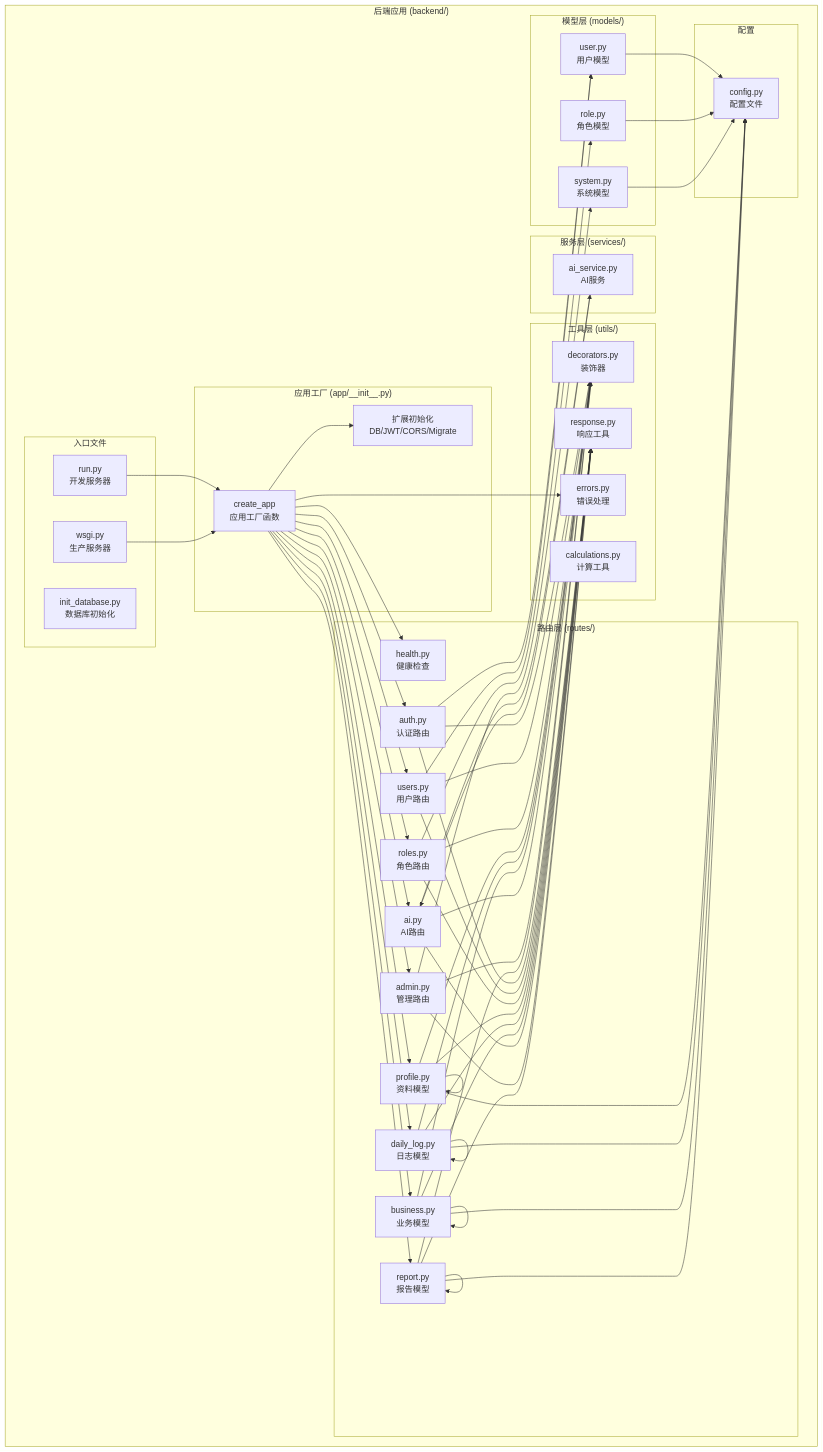
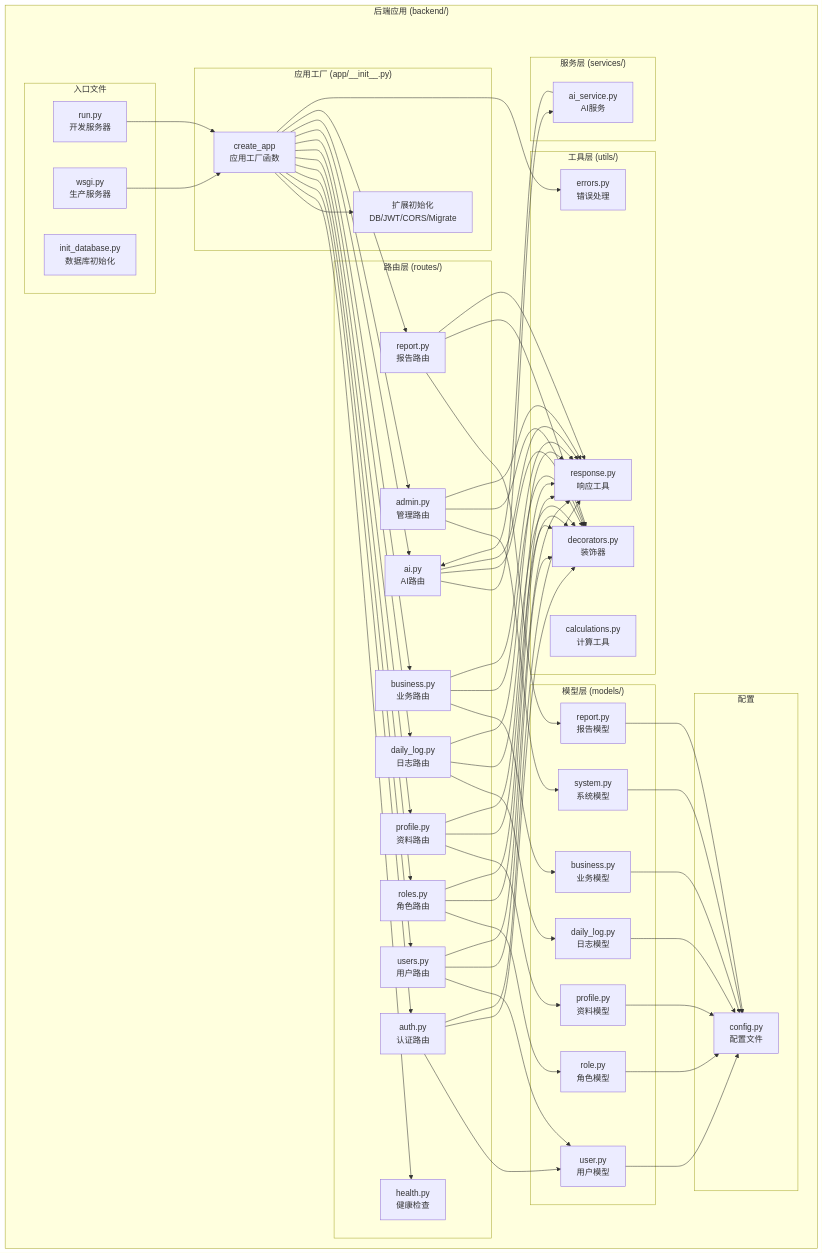
The fourth of 8 diagrams in 项目结构图.md (junyiPayne/-), drawn with Mermaid before and after one commit. The commit also changed other lines of this file, not shown here.

````diff
--- a/项目结构图.md
+++ b/项目结构图.md
@@ -187,53 +187,53 @@
 ```mermaid
 graph TB
-    subgraph "后端应用 (backend/)"
-        subgraph "入口文件"
-            Run[run.py<br/>开发服务器]
-            WSGI[wsgi.py<br/>生产服务器]
-            Init[init_database.py<br/>数据库初始化]
+    subgraph BackendApp["后端应用 (backend/)"]
+        subgraph EntryFiles2["入口文件"]
+            Run["run.py<br/>开发服务器"]
+            WSGI["wsgi.py<br/>生产服务器"]
+            Init["init_database.py<br/>数据库初始化"]
         end
         
-        subgraph "应用工厂 (app/__init__.py)"
-            CreateApp[create_app<br/>应用工厂函数]
-            Extensions[扩展初始化<br/>DB/JWT/CORS/Migrate]
+        subgraph AppFactory["应用工厂 (app/__init__.py)"]
+            CreateApp["create_app<br/>应用工厂函数"]
+            Extensions["扩展初始化<br/>DB/JWT/CORS/Migrate"]
         end
         
-        subgraph "路由层 (routes/)"
-            Health[health.py<br/>健康检查]
-            Auth[auth.py<br/>认证路由]
-            Users[users.py<br/>用户路由]
-            Roles[roles.py<br/>角色路由]
-            Profile[profile.py<br/>资料路由]
-            DailyLog[daily_log.py<br/>日志路由]
-            Business[business.py<br/>业务路由]
-            AI[ai.py<br/>AI路由]
-            Admin[admin.py<br/>管理路由]
-            Report[report.py<br/>报告路由]
+        subgraph RoutesLayer["路由层 (routes/)"]
+            Health["health.py<br/>健康检查"]
+            Auth["auth.py<br/>认证路由"]
+            Users["users.py<br/>用户路由"]
+            Roles["roles.py<br/>角色路由"]
+            ProfileRoute["profile.py<br/>资料路由"]
+            DailyLogRoute["daily_log.py<br/>日志路由"]
+            BusinessRoute["business.py<br/>业务路由"]
+            AIRoute["ai.py<br/>AI路由"]
+            Admin["admin.py<br/>管理路由"]
+            ReportRoute["report.py<br/>报告路由"]
         end
         
-        subgraph "服务层 (services/)"
-            AIService[ai_service.py<br/>AI服务]
+        subgraph ServicesLayer["服务层 (services/)"]
+            AIService["ai_service.py<br/>AI服务"]
         end
         
-        subgraph "模型层 (models/)"
-            User[user.py<br/>用户模型]
-            Role[role.py<br/>角色模型]
-            Profile[profile.py<br/>资料模型]
-            DailyLog[daily_log.py<br/>日志模型]
-            Business[business.py<br/>业务模型]
-            Report[report.py<br/>报告模型]
-            System[system.py<br/>系统模型]
+        subgraph ModelsLayer["模型层 (models/)"]
+            UserModel["user.py<br/>用户模型"]
+            RoleModel["role.py<br/>角色模型"]
+            ProfileModel["profile.py<br/>资料模型"]
+            DailyLogModel["daily_log.py<br/>日志模型"]
+            BusinessModel["business.py<br/>业务模型"]
+            ReportModel["report.py<br/>报告模型"]
+            SystemModel["system.py<br/>系统模型"]
         end
         
-        subgraph "工具层 (utils/)"
-            Response[response.py<br/>响应工具]
-            Errors[errors.py<br/>错误处理]
-            Decorators[decorators.py<br/>装饰器]
-            Calculations[calculations.py<br/>计算工具]
+        subgraph UtilsLayer["工具层 (utils/)"]
+            Response["response.py<br/>响应工具"]
+            Errors["errors.py<br/>错误处理"]
+            Decorators["decorators.py<br/>装饰器"]
+            Calculations["calculations.py<br/>计算工具"]
         end
         
-        subgraph "配置"
-            Config[config.py<br/>配置文件]
+        subgraph ConfigLayer["配置"]
+            Config["config.py<br/>配置文件"]
         end
     end
     
@@ -244,52 +244,52 @@
     CreateApp --> Auth
     CreateApp --> Users
     CreateApp --> Roles
-    CreateApp --> Profile
-    CreateApp --> DailyLog
-    CreateApp --> Business
-    CreateApp --> AI
+    CreateApp --> ProfileRoute
+    CreateApp --> DailyLogRoute
+    CreateApp --> BusinessRoute
+    CreateApp --> AIRoute
     CreateApp --> Admin
-    CreateApp --> Report
+    CreateApp --> ReportRoute
     
-    Auth --> User
-    Users --> User
-    Roles --> Role
-    Profile --> Profile
-    DailyLog --> DailyLog
-    Business --> Business
-    Report --> Report
-    Admin --> System
+    Auth --> UserModel
+    Users --> UserModel
+    Roles --> RoleModel
+    ProfileRoute --> ProfileModel
+    DailyLogRoute --> DailyLogModel
+    BusinessRoute --> BusinessModel
+    ReportRoute --> ReportModel
+    Admin --> SystemModel
     
-    AI --> AIService
-    AIService --> AI
+    AIRoute --> AIService
+    AIService --> AIRoute
     
     Auth --> Decorators
     Users --> Decorators
     Roles --> Decorators
-    Profile --> Decorators
-    DailyLog --> Decorators
-    Business --> Decorators
-    AI --> Decorators
+    ProfileRoute --> Decorators
+    DailyLogRoute --> Decorators
+    BusinessRoute --> Decorators
+    AIRoute --> Decorators
     Admin --> Decorators
-    Report --> Decorators
+    ReportRoute --> Decorators
     
     Auth --> Response
     Users --> Response
     Roles --> Response
-    Profile --> Response
-    DailyLog --> Response
-    Business --> Response
-    AI --> Response
+    ProfileRoute --> Response
+    DailyLogRoute --> Response
+    BusinessRoute --> Response
+    AIRoute --> Response
     Admin --> Response
-    Report --> Response
+    ReportRoute --> Response
     
     CreateApp --> Errors
     
-    User --> Config
-    Role --> Config
-    Profile --> Config
-    DailyLog --> Config
-    Business --> Config
-    Report --> Config
-    System --> Config
+    UserModel --> Config
+    RoleModel --> Config
+    ProfileModel --> Config
+    DailyLogModel --> Config
+    BusinessModel --> Config
+    ReportModel --> Config
+    SystemModel --> Config
 ```
````
